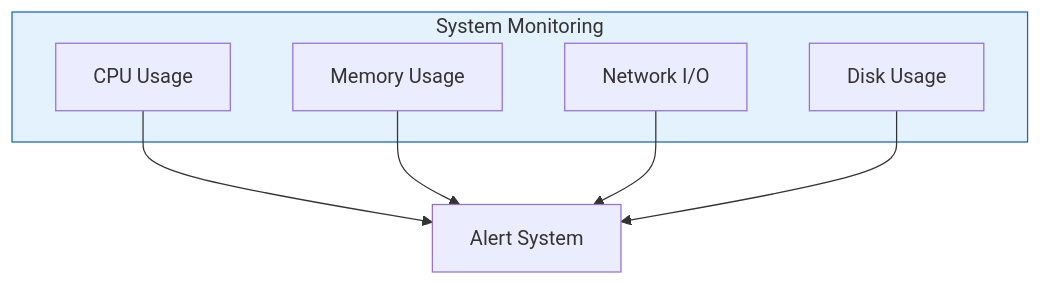
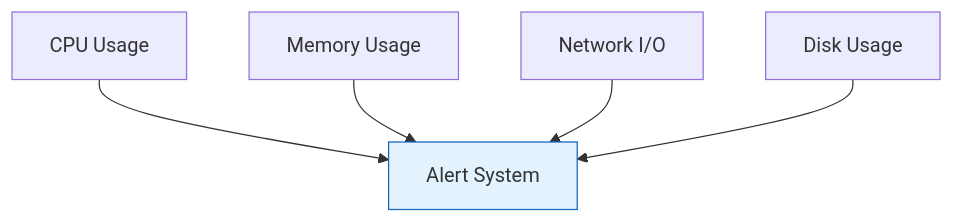
One commit to UVU-AI-Innovate/UTTA changed the seventh of 7 diagrams in UTTA.wiki/Architecture-Guide.md. Above: the diagram before and after it, drawn with Mermaid. The commit also changed other lines of this file, not shown here.

First line of the commit message:
Refactor Architecture Guide diagrams for improved readability

````diff
--- a/UTTA.wiki/Architecture-Guide.md
+++ b/UTTA.wiki/Architecture-Guide.md
@@ -237,16 +207,9 @@
 ```mermaid
-graph TD
-    subgraph Monitoring[System Monitoring]
-        CPU[CPU Usage]
-        MEM[Memory Usage]
-        NET[Network I/O]
-        DISK[Disk Usage]
-    end
+graph TB
+    CPU[CPU Usage] --> Alert[Alert System]
+    MEM[Memory Usage] --> Alert
+    NET[Network I/O] --> Alert
+    DISK[Disk Usage] --> Alert
 
-    CPU --> Alert[Alert System]
-    MEM --> Alert
-    NET --> Alert
-    DISK --> Alert
-
-    style Monitoring fill:#e3f2fd,stroke:#1565c0
+    style Alert fill:#e3f2fd,stroke:#1565c0
 ```
````
